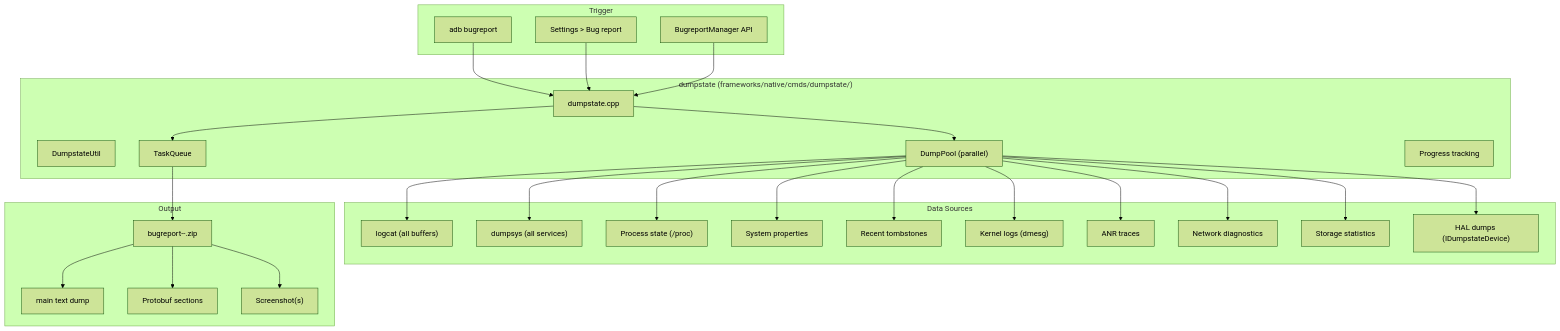
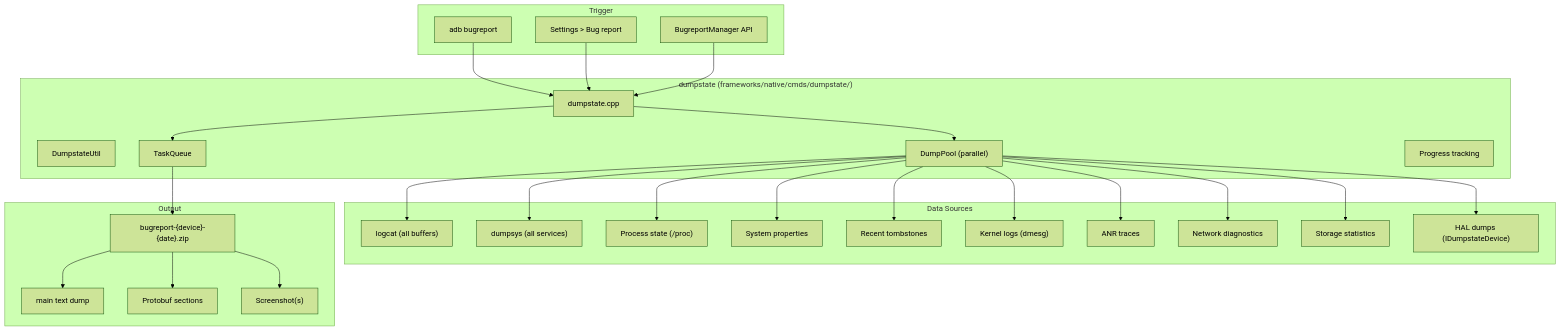
Before and after one commit to fwrite0920/aosp-internal-book: diagram 20 of 35 in 56-debugging-tools.md, drawn with Mermaid (forest theme). The commit also changed other lines of this file and 21 other files, not shown here.

First line of the commit message:
Fix Mermaid diagrams and formatting in Parts IX-XV and Appendix A (chapters 40-63)

````diff
--- a/56-debugging-tools.md
+++ b/56-debugging-tools.md
@@ -2481,58 +2481,58 @@
 ```mermaid
 graph TB
     subgraph "Trigger"
         ADB_BR["adb bugreport"]
         UI["Settings > Bug report"]
         API["BugreportManager API"]
     end
 
     subgraph "dumpstate (frameworks/native/cmds/dumpstate/)"
         DS_MAIN["dumpstate.cpp"]
         DS_UTIL["DumpstateUtil"]
         POOL["DumpPool (parallel)"]
         TASK["TaskQueue"]
         PROGRESS["Progress tracking"]
     end
 
     subgraph "Data Sources"
         LOGCAT_BR["logcat (all buffers)"]
         DUMPSYS_BR["dumpsys (all services)"]
         PROCS["Process state (/proc)"]
         PROPS["System properties"]
         TOMBSTONES_BR["Recent tombstones"]
         KERNEL_BR["Kernel logs (dmesg)"]
         ANR["ANR traces"]
         NETWORK["Network diagnostics"]
         STORAGE["Storage statistics"]
         HAL["HAL dumps (IDumpstateDevice)"]
     end
 
     subgraph "Output"
-        ZIP["bugreport-<device>-<date>.zip"]
+        ZIP["bugreport-{device}-{date}.zip"]
         TEXT["main text dump"]
         PROTO_BR["Protobuf sections"]
         SCREENSHOTS["Screenshot(s)"]
     end
 
     ADB_BR --> DS_MAIN
     UI --> DS_MAIN
     API --> DS_MAIN
 
     DS_MAIN --> POOL
     POOL --> LOGCAT_BR
     POOL --> DUMPSYS_BR
     POOL --> PROCS
     POOL --> PROPS
     POOL --> TOMBSTONES_BR
     POOL --> KERNEL_BR
     POOL --> ANR
     POOL --> NETWORK
     POOL --> STORAGE
     POOL --> HAL
 
     DS_MAIN --> TASK
     TASK --> ZIP
     ZIP --> TEXT
     ZIP --> PROTO_BR
     ZIP --> SCREENSHOTS
 ```
````
